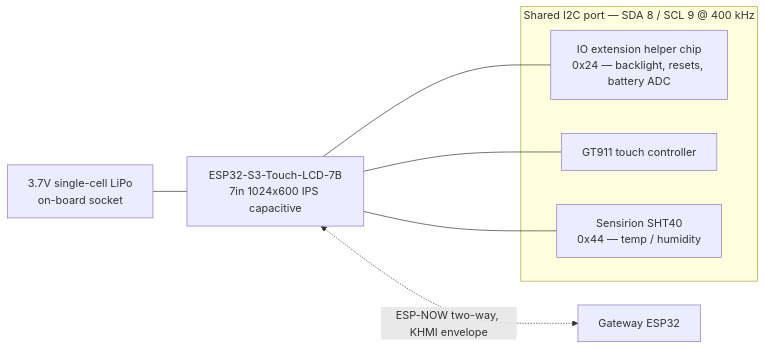
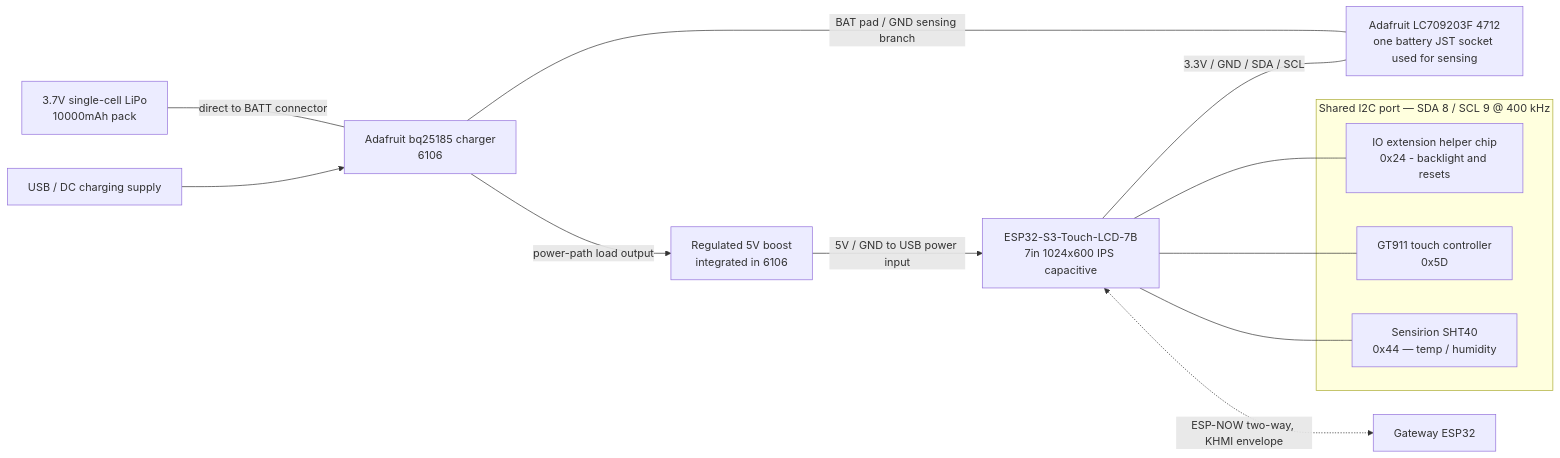
Before and after one commit to michaelfdeberry/Kelvin: the diagram in docs/Kelvin HMI Wiring Diagram.md, drawn with Mermaid. The commit also changed other lines of this file and 38 other files, not shown here.

````diff
--- a/docs/Kelvin HMI Wiring Diagram.md
+++ b/docs/Kelvin HMI Wiring Diagram.md
@@ -9,18 +9,27 @@
 ```mermaid
 flowchart LR
     PANEL["ESP32-S3-Touch-LCD-7B<br/>7in 1024x600 IPS capacitive"]
-    BAT["3.7V single-cell LiPo<br/>on-board socket"]
+    BAT["3.7V single-cell LiPo<br/>10000mAh pack"]
+   GAUGE["Adafruit LC709203F 4712<br/>one battery JST socket used for sensing"]
+    CHARGER["Adafruit bq25185 charger<br/>6106"]
+    BOOST["Regulated 5V boost<br/>integrated in 6106"]
+    INPUT["USB / DC charging supply"]
     GW2["Gateway ESP32"]
 
     subgraph BUS["Shared I2C port — SDA 8 / SCL 9 @ 400 kHz"]
-        IOX["IO extension helper chip<br/>0x24 — backlight, resets, battery ADC"]
-        GT["GT911 touch controller"]
+        IOX["IO extension helper chip<br/>0x24 - backlight and resets"]
+        GT["GT911 touch controller<br/>0x5D"]
         SHT["Sensirion SHT40<br/>0x44 — temp / humidity"]
     end
 
-    BAT --- PANEL
+   BAT ---|"direct to BATT connector"| CHARGER
+   CHARGER ---|"BAT pad / GND sensing branch"| GAUGE
+    INPUT --> CHARGER
+    CHARGER -->|"power-path load output"| BOOST
+    BOOST -->|"5V / GND to USB power input"| PANEL
+    PANEL ---|"3.3V / GND / SDA / SCL"| GAUGE
     PANEL --- IOX
     PANEL --- GT
     PANEL --- SHT
     PANEL <-. "ESP-NOW two-way, KHMI envelope" .-> GW2
 ```
````
